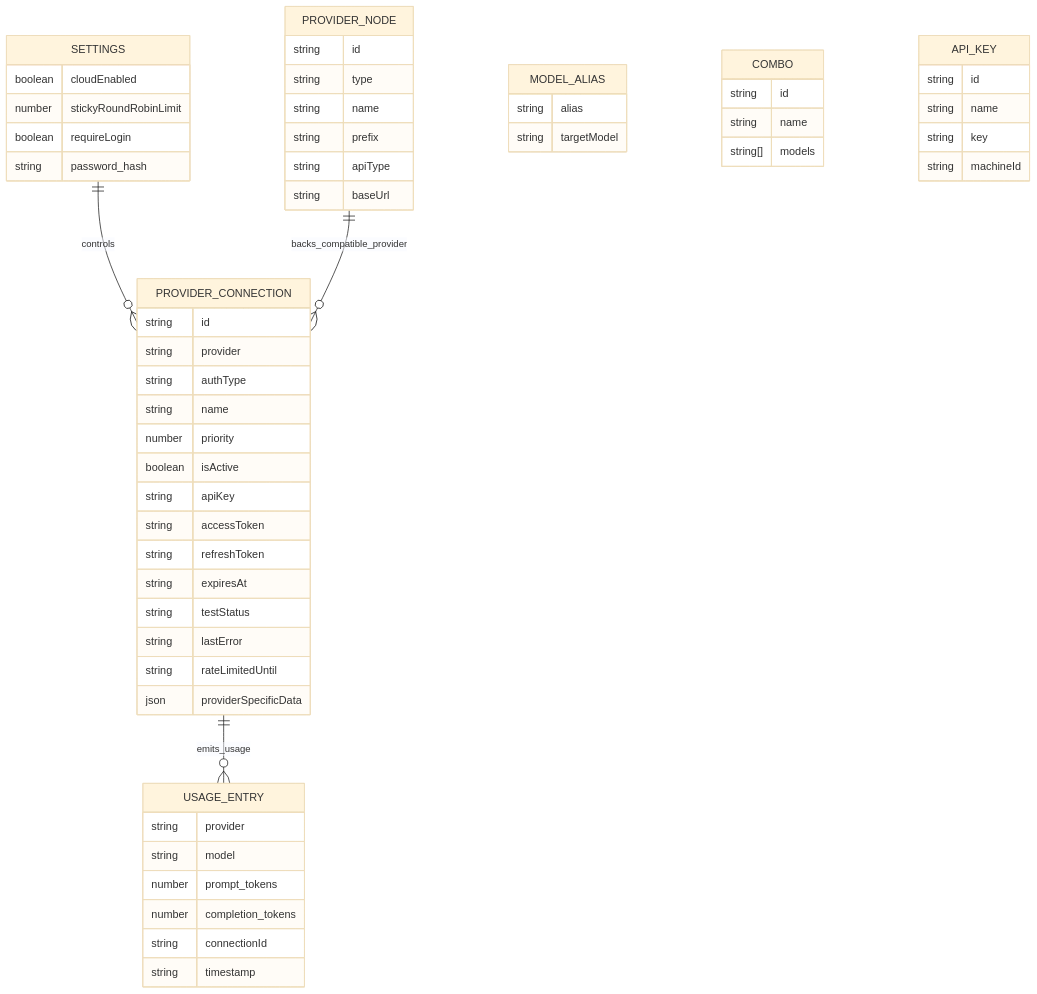
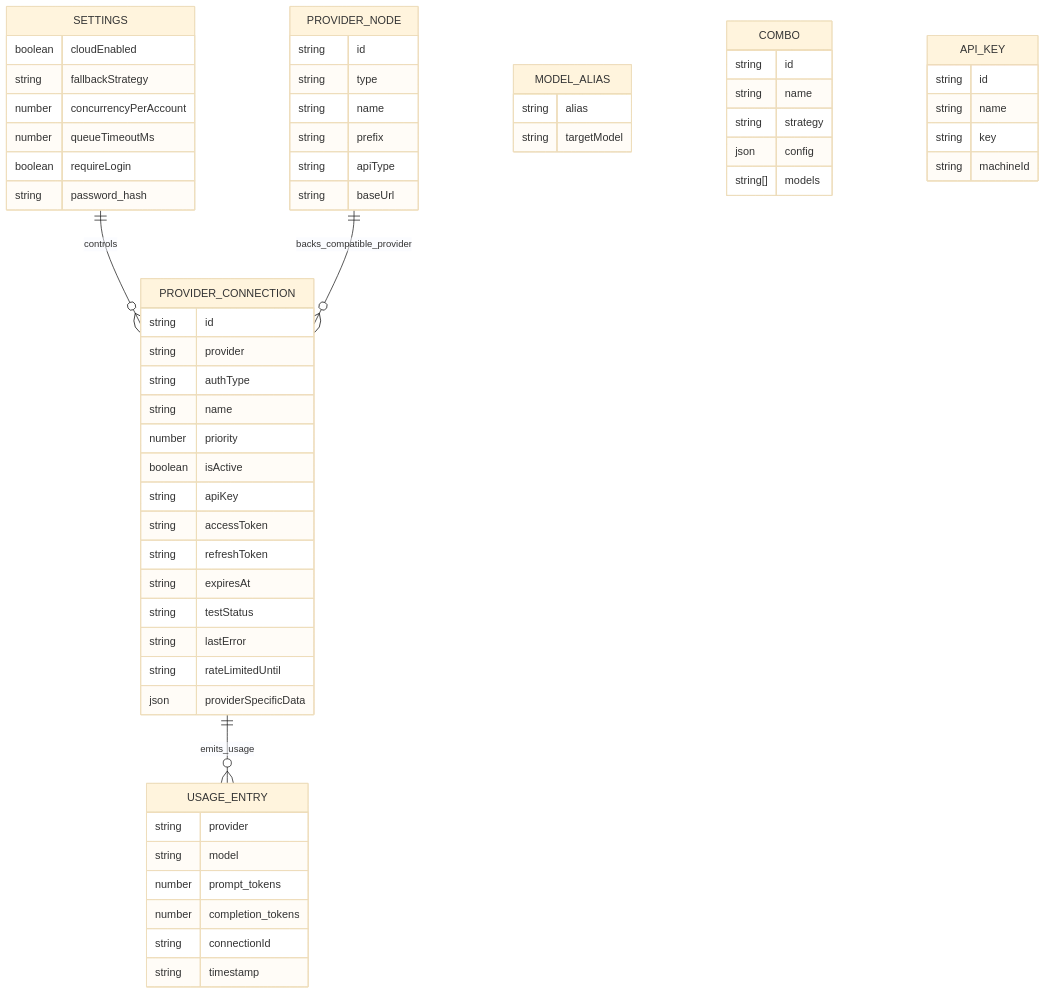
Before and after one commit to decolua/9router: the seventh of 8 diagrams in docs/ARCHITECTURE.md, drawn with Mermaid (base theme). The commit also changed other lines of this file and 5 other files, not shown here.

````diff
--- a/docs/ARCHITECTURE.md
+++ b/docs/ARCHITECTURE.md
@@ -310,66 +381,70 @@
 ```mermaid
 erDiagram
     SETTINGS ||--o{ PROVIDER_CONNECTION : controls
     PROVIDER_NODE ||--o{ PROVIDER_CONNECTION : backs_compatible_provider
     PROVIDER_CONNECTION ||--o{ USAGE_ENTRY : emits_usage
 
     SETTINGS {
       boolean cloudEnabled
-      number stickyRoundRobinLimit
+      string fallbackStrategy
+      number concurrencyPerAccount
+      number queueTimeoutMs
       boolean requireLogin
       string password_hash
     }
 
     PROVIDER_CONNECTION {
       string id
       string provider
       string authType
       string name
       number priority
       boolean isActive
       string apiKey
       string accessToken
       string refreshToken
       string expiresAt
       string testStatus
       string lastError
       string rateLimitedUntil
       json providerSpecificData
     }
 
     PROVIDER_NODE {
       string id
       string type
       string name
       string prefix
       string apiType
       string baseUrl
     }
 
     MODEL_ALIAS {
       string alias
       string targetModel
     }
 
     COMBO {
       string id
       string name
+      string strategy
+      json config
       string[] models
     }
 
     API_KEY {
       string id
       string name
       string key
       string machineId
     }
 
     USAGE_ENTRY {
       string provider
       string model
       number prompt_tokens
       number completion_tokens
       string connectionId
       string timestamp
     }
 ```
````
